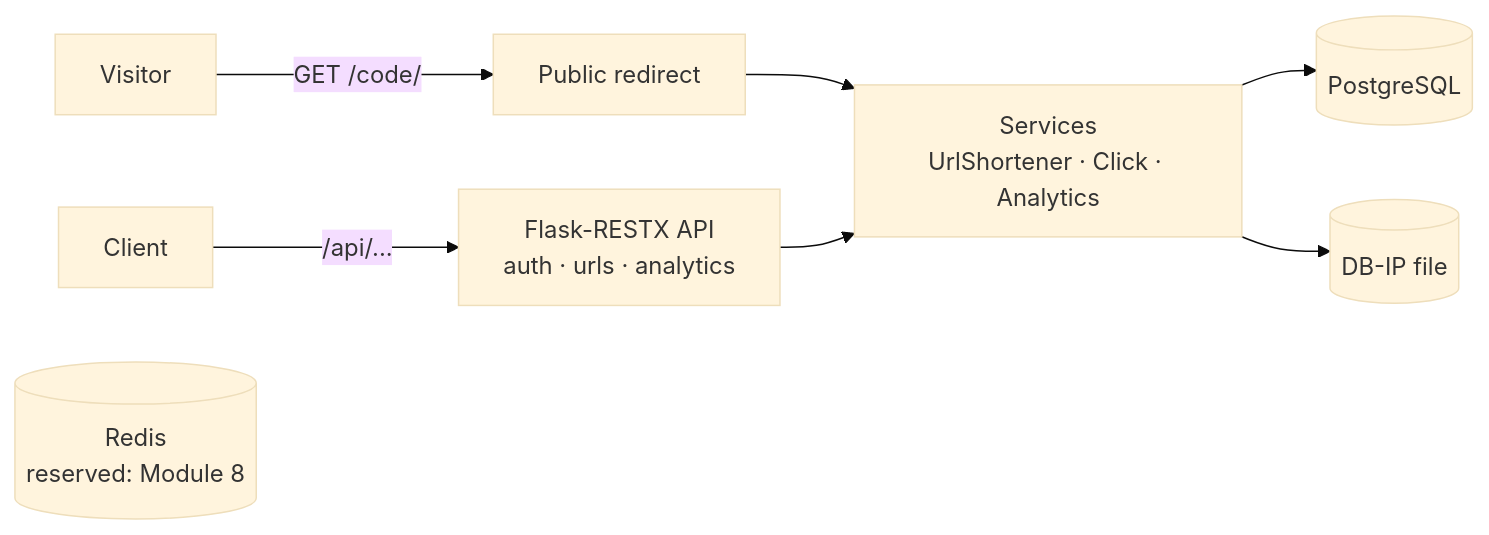
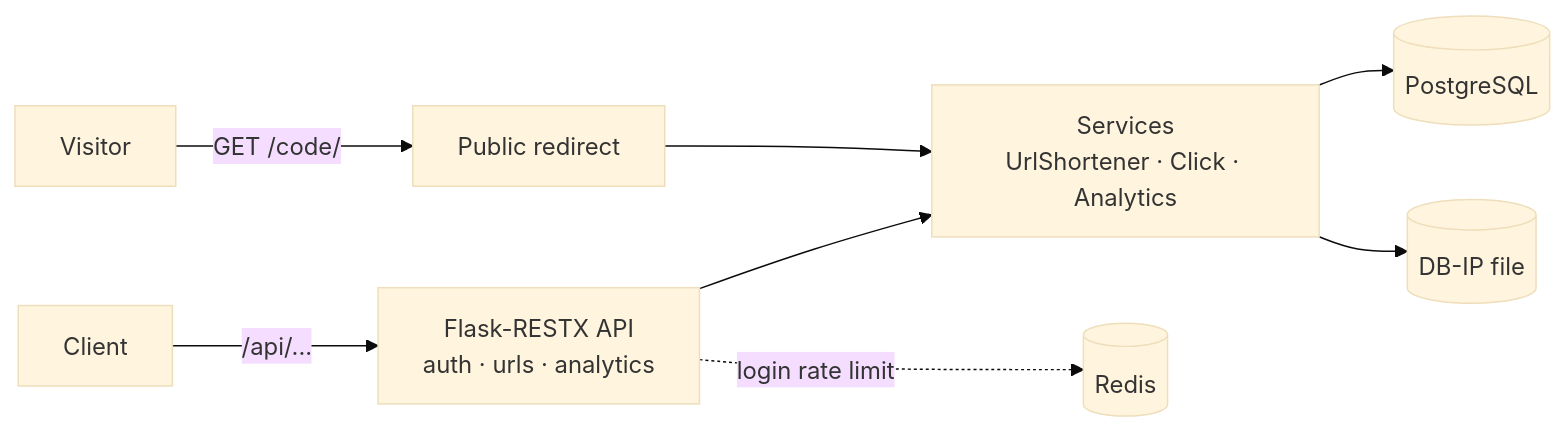
Before and after one commit to iToussaint/Enterprise-Grade-URL-Shortener-Microservice: the first of 2 diagrams in README.md, drawn with Mermaid (base theme). The commit also changed other lines of this file, not shown here.

Commit message:
docs: update README for Module 7

````diff
--- a/README.md
+++ b/README.md
@@ -66,10 +73,10 @@
 ```mermaid
 flowchart LR
     Visitor -->|GET /code/| Redirect[Public redirect]
     Client -->|/api/...| API[Flask-RESTX API<br/>auth · urls · analytics]
     Redirect --> Services
     API --> Services[Services<br/>UrlShortener · Click · Analytics]
     Services --> DB[(PostgreSQL)]
     Services --> GeoIP[(DB-IP file)]
-    Redis[(Redis<br/>reserved: Module 8)]
+    API -.->|login rate limit| Redis[(Redis)]
 ```
````
